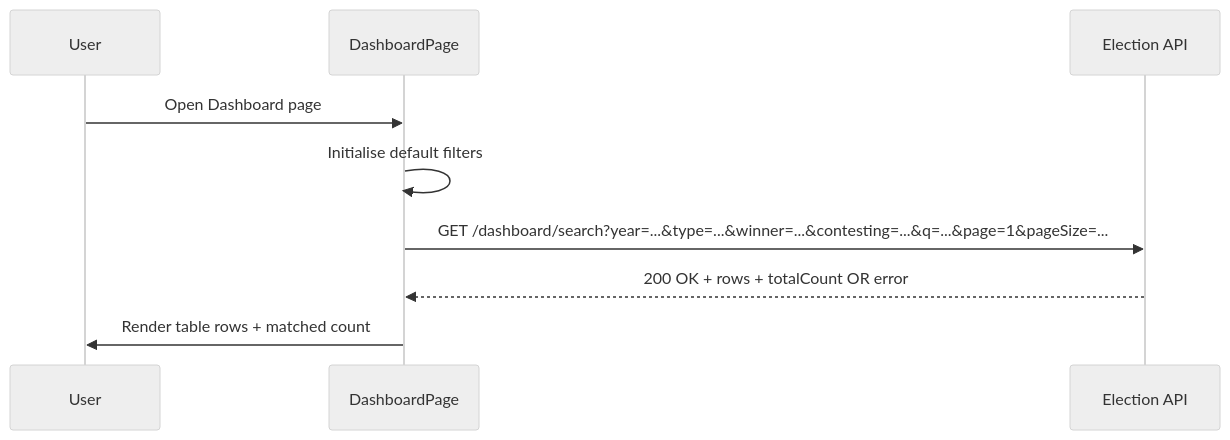
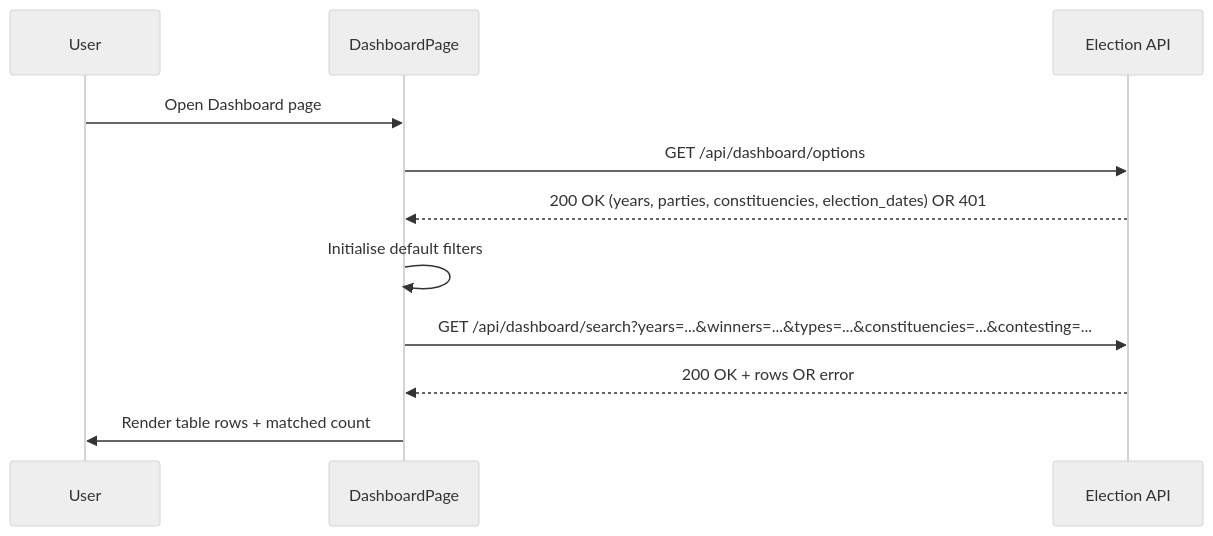
One commit to shannenlolol/SG_Election_App_SL changed the eighth of 12 diagrams in docs/Software Design Description.md. Above: the diagram before and after it, drawn with Mermaid (neutral theme). The commit also changed other lines of this file and 3 other files, not shown here.

````diff
--- a/docs/Software Design Description.md
+++ b/docs/Software Design Description.md
@@ -301,13 +212,16 @@
 ```mermaid
 sequenceDiagram
     participant User
     participant DashboardPage
     participant ElectionAPI as Election API
 
     User->>DashboardPage: Open Dashboard page
+    DashboardPage->>ElectionAPI: GET /api/dashboard/options
+    ElectionAPI-->>DashboardPage: 200 OK (years, parties, constituencies, election_dates) OR 401
+
     DashboardPage->>DashboardPage: Initialise default filters
-    DashboardPage->>ElectionAPI: GET /dashboard/search?year=...&type=...&winner=...&contesting=...&q=...&page=1&pageSize=...
-    ElectionAPI-->>DashboardPage: 200 OK + rows + totalCount OR error
+    DashboardPage->>ElectionAPI: GET /api/dashboard/search?years=...&winners=...&types=...&constituencies=...&contesting=...
+    ElectionAPI-->>DashboardPage: 200 OK + rows OR error
+    DashboardPage->>User: Render table rows + matched count
 
-    DashboardPage->>User: Render table rows + matched count
 ```
````
